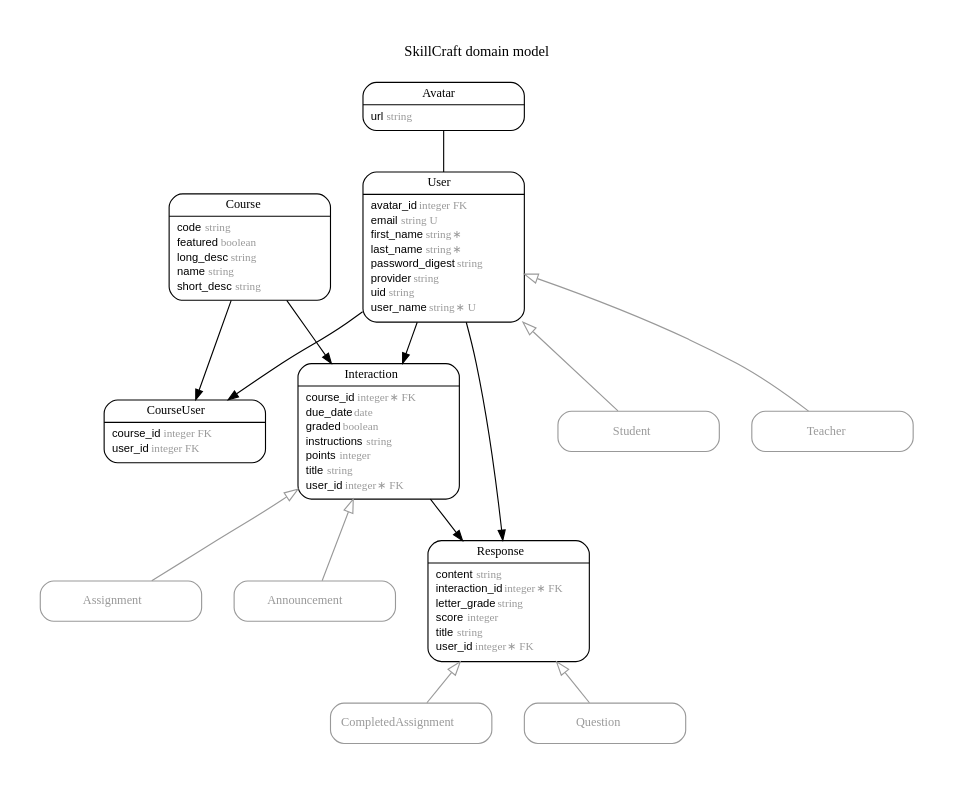
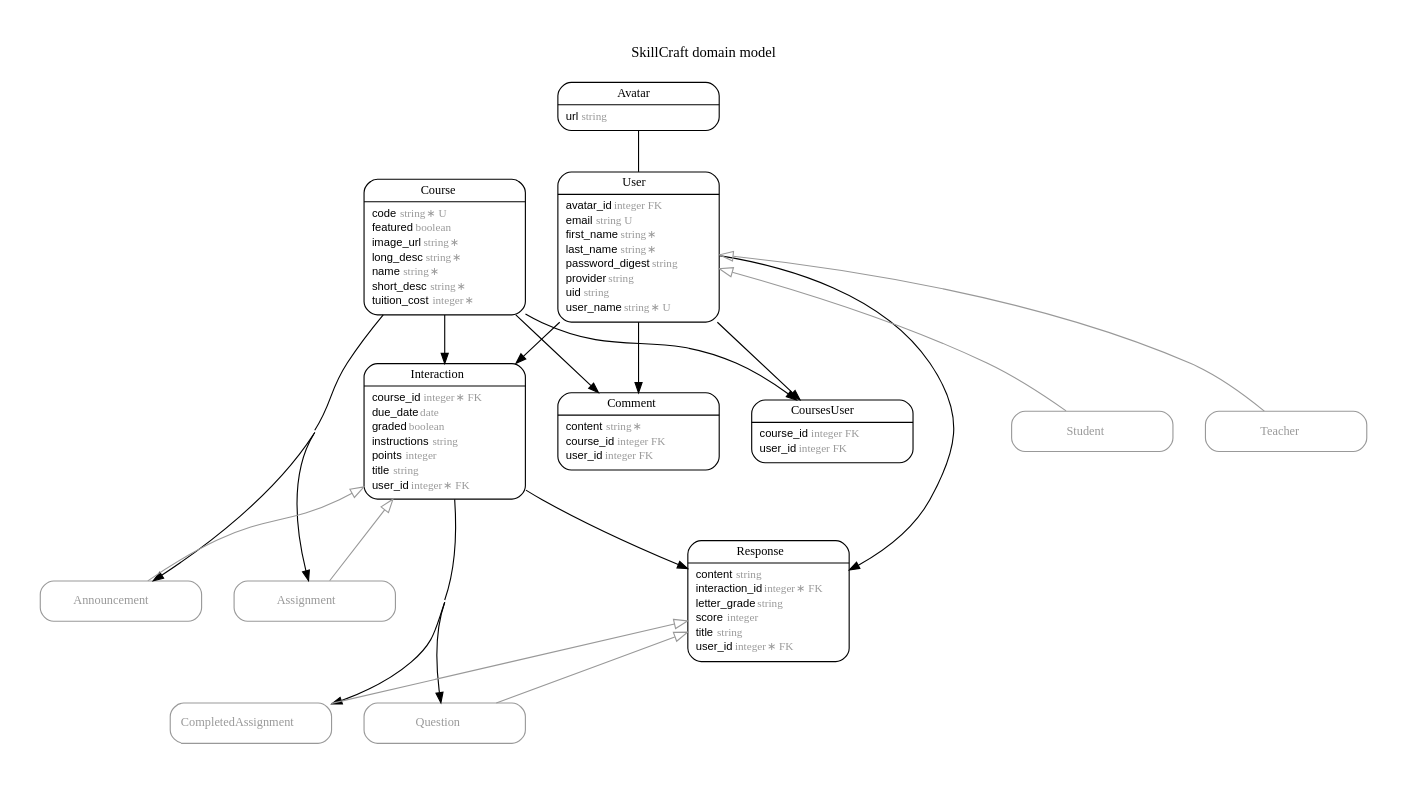
Before and after one commit to FergusDevelopmentLLC/skillcraft: the diagram in erd.dot, drawn with Graphviz. The commit also changed 3 other files, not shown here.

```diff
--- a/erd.dot
+++ b/erd.dot
@@ -1,124 +1,142 @@
 digraph SkillCraft {
 rankdir = "LR";
 ranksep = "0.5";
 nodesep = "0.4";
 pad = "0.4,0.4";
 margin = "0,0";
 concentrate = "true";
 labelloc = "t";
 fontsize = "13";
 fontname = "Arial Bold";
 splines = "spline";
 node[ shape  =  "Mrecord" , fontsize  =  "10" , fontname  =  "Arial" , margin  =  "0.07,0.05" , penwidth  =  "1.0"];
 edge[ fontname  =  "Arial" , fontsize  =  "7" , dir  =  "both" , arrowsize  =  "0.9" , penwidth  =  "1.0" , labelangle  =  "32" , labeldistance  =  "1.8"];
 rankdir = "TB";
 label = "SkillCraft domain model\n\n";
 m_Announcement [color = "grey60", fontcolor = "grey60", label = <{<table border="0" align="center" cellspacing="0.5" cellpadding="0" width="134">
   <tr><td align="center" valign="bottom" width="130"><font face="Arial Bold" point-size="11">Announcement</font></td></tr>
 </table>
 }>];
 m_Assignment [color = "grey60", fontcolor = "grey60", label = <{<table border="0" align="center" cellspacing="0.5" cellpadding="0" width="134">
   <tr><td align="center" valign="bottom" width="130"><font face="Arial Bold" point-size="11">Assignment</font></td></tr>
 </table>
 }>];
 m_Avatar [label = <{<table border="0" align="center" cellspacing="0.5" cellpadding="0" width="134">
   <tr><td align="center" valign="bottom" width="130"><font face="Arial Bold" point-size="11">Avatar</font></td></tr>
 </table>
 |
 <table border="0" align="left" cellspacing="2" cellpadding="0" width="134">
   <tr><td align="left" width="130" port="url">url <font face="Arial Italic" color="grey60">string</font></td></tr>
 </table>
 }>];
+m_Comment [label = <{<table border="0" align="center" cellspacing="0.5" cellpadding="0" width="134">
+  <tr><td align="center" valign="bottom" width="130"><font face="Arial Bold" point-size="11">Comment</font></td></tr>
+</table>
+|
+<table border="0" align="left" cellspacing="2" cellpadding="0" width="134">
+  <tr><td align="left" width="130" port="content">content <font face="Arial Italic" color="grey60">string ∗</font></td></tr>
+  <tr><td align="left" width="130" port="course_id">course_id <font face="Arial Italic" color="grey60">integer FK</font></td></tr>
+  <tr><td align="left" width="130" port="user_id">user_id <font face="Arial Italic" color="grey60">integer FK</font></td></tr>
+</table>
+}>];
 m_CompletedAssignment [color = "grey60", fontcolor = "grey60", label = <{<table border="0" align="center" cellspacing="0.5" cellpadding="0" width="134">
   <tr><td align="center" valign="bottom" width="130"><font face="Arial Bold" point-size="11">CompletedAssignment</font></td></tr>
 </table>
 }>];
 m_Course [label = <{<table border="0" align="center" cellspacing="0.5" cellpadding="0" width="134">
   <tr><td align="center" valign="bottom" width="130"><font face="Arial Bold" point-size="11">Course</font></td></tr>
 </table>
 |
 <table border="0" align="left" cellspacing="2" cellpadding="0" width="134">
-  <tr><td align="left" width="130" port="code">code <font face="Arial Italic" color="grey60">string</font></td></tr>
+  <tr><td align="left" width="130" port="code">code <font face="Arial Italic" color="grey60">string ∗ U</font></td></tr>
   <tr><td align="left" width="130" port="featured">featured <font face="Arial Italic" color="grey60">boolean</font></td></tr>
-  <tr><td align="left" width="130" port="long_desc">long_desc <font face="Arial Italic" color="grey60">string</font></td></tr>
-  <tr><td align="left" width="130" port="name">name <font face="Arial Italic" color="grey60">string</font></td></tr>
-  <tr><td align="left" width="130" port="short_desc">short_desc <font face="Arial Italic" color="grey60">string</font></td></tr>
+  <tr><td align="left" width="130" port="image_url">image_url <font face="Arial Italic" color="grey60">string ∗</font></td></tr>
+  <tr><td align="left" width="130" port="long_desc">long_desc <font face="Arial Italic" color="grey60">string ∗</font></td></tr>
+  <tr><td align="left" width="130" port="name">name <font face="Arial Italic" color="grey60">string ∗</font></td></tr>
+  <tr><td align="left" width="130" port="short_desc">short_desc <font face="Arial Italic" color="grey60">string ∗</font></td></tr>
+  <tr><td align="left" width="130" port="tuition_cost">tuition_cost <font face="Arial Italic" color="grey60">integer ∗</font></td></tr>
 </table>
 }>];
-m_CourseUser [label = <{<table border="0" align="center" cellspacing="0.5" cellpadding="0" width="134">
-  <tr><td align="center" valign="bottom" width="130"><font face="Arial Bold" point-size="11">CourseUser</font></td></tr>
+m_CoursesUser [label = <{<table border="0" align="center" cellspacing="0.5" cellpadding="0" width="134">
+  <tr><td align="center" valign="bottom" width="130"><font face="Arial Bold" point-size="11">CoursesUser</font></td></tr>
 </table>
 |
 <table border="0" align="left" cellspacing="2" cellpadding="0" width="134">
   <tr><td align="left" width="130" port="course_id">course_id <font face="Arial Italic" color="grey60">integer FK</font></td></tr>
   <tr><td align="left" width="130" port="user_id">user_id <font face="Arial Italic" color="grey60">integer FK</font></td></tr>
 </table>
 }>];
 m_Interaction [label = <{<table border="0" align="center" cellspacing="0.5" cellpadding="0" width="134">
   <tr><td align="center" valign="bottom" width="130"><font face="Arial Bold" point-size="11">Interaction</font></td></tr>
 </table>
 |
 <table border="0" align="left" cellspacing="2" cellpadding="0" width="134">
   <tr><td align="left" width="130" port="course_id">course_id <font face="Arial Italic" color="grey60">integer ∗ FK</font></td></tr>
   <tr><td align="left" width="130" port="due_date">due_date <font face="Arial Italic" color="grey60">date</font></td></tr>
   <tr><td align="left" width="130" port="graded">graded <font face="Arial Italic" color="grey60">boolean</font></td></tr>
   <tr><td align="left" width="130" port="instructions">instructions <font face="Arial Italic" color="grey60">string</font></td></tr>
   <tr><td align="left" width="130" port="points">points <font face="Arial Italic" color="grey60">integer</font></td></tr>
   <tr><td align="left" width="130" port="title">title <font face="Arial Italic" color="grey60">string</font></td></tr>
   <tr><td align="left" width="130" port="user_id">user_id <font face="Arial Italic" color="grey60">integer ∗ FK</font></td></tr>
 </table>
 }>];
 m_Question [color = "grey60", fontcolor = "grey60", label = <{<table border="0" align="center" cellspacing="0.5" cellpadding="0" width="134">
   <tr><td align="center" valign="bottom" width="130"><font face="Arial Bold" point-size="11">Question</font></td></tr>
 </table>
 }>];
 m_Response [label = <{<table border="0" align="center" cellspacing="0.5" cellpadding="0" width="134">
   <tr><td align="center" valign="bottom" width="130"><font face="Arial Bold" point-size="11">Response</font></td></tr>
 </table>
 |
 <table border="0" align="left" cellspacing="2" cellpadding="0" width="134">
   <tr><td align="left" width="130" port="content">content <font face="Arial Italic" color="grey60">string</font></td></tr>
   <tr><td align="left" width="130" port="interaction_id">interaction_id <font face="Arial Italic" color="grey60">integer ∗ FK</font></td></tr>
   <tr><td align="left" width="130" port="letter_grade">letter_grade <font face="Arial Italic" color="grey60">string</font></td></tr>
   <tr><td align="left" width="130" port="score">score <font face="Arial Italic" color="grey60">integer</font></td></tr>
   <tr><td align="left" width="130" port="title">title <font face="Arial Italic" color="grey60">string</font></td></tr>
   <tr><td align="left" width="130" port="user_id">user_id <font face="Arial Italic" color="grey60">integer ∗ FK</font></td></tr>
 </table>
 }>];
 m_Student [color = "grey60", fontcolor = "grey60", label = <{<table border="0" align="center" cellspacing="0.5" cellpadding="0" width="134">
   <tr><td align="center" valign="bottom" width="130"><font face="Arial Bold" point-size="11">Student</font></td></tr>
 </table>
 }>];
 m_Teacher [color = "grey60", fontcolor = "grey60", label = <{<table border="0" align="center" cellspacing="0.5" cellpadding="0" width="134">
   <tr><td align="center" valign="bottom" width="130"><font face="Arial Bold" point-size="11">Teacher</font></td></tr>
 </table>
 }>];
 m_User [label = <{<table border="0" align="center" cellspacing="0.5" cellpadding="0" width="134">
   <tr><td align="center" valign="bottom" width="130"><font face="Arial Bold" point-size="11">User</font></td></tr>
 </table>
 |
 <table border="0" align="left" cellspacing="2" cellpadding="0" width="134">
   <tr><td align="left" width="130" port="avatar_id">avatar_id <font face="Arial Italic" color="grey60">integer FK</font></td></tr>
   <tr><td align="left" width="130" port="email">email <font face="Arial Italic" color="grey60">string U</font></td></tr>
   <tr><td align="left" width="130" port="first_name">first_name <font face="Arial Italic" color="grey60">string ∗</font></td></tr>
   <tr><td align="left" width="130" port="last_name">last_name <font face="Arial Italic" color="grey60">string ∗</font></td></tr>
   <tr><td align="left" width="130" port="password_digest">password_digest <font face="Arial Italic" color="grey60">string</font></td></tr>
   <tr><td align="left" width="130" port="provider">provider <font face="Arial Italic" color="grey60">string</font></td></tr>
   <tr><td align="left" width="130" port="uid">uid <font face="Arial Italic" color="grey60">string</font></td></tr>
   <tr><td align="left" width="130" port="user_name">user_name <font face="Arial Italic" color="grey60">string ∗ U</font></td></tr>
 </table>
 }>];
   m_Interaction -> m_Announcement [color = "grey60", arrowtail = "onormal", arrowhead = "none", arrowsize = "1.2"];
   m_Interaction -> m_Assignment [color = "grey60", arrowtail = "onormal", arrowhead = "none", arrowsize = "1.2"];
   m_Response -> m_CompletedAssignment [color = "grey60", arrowtail = "onormal", arrowhead = "none", arrowsize = "1.2"];
   m_Response -> m_Question [color = "grey60", arrowtail = "onormal", arrowhead = "none", arrowsize = "1.2"];
   m_User -> m_Student [color = "grey60", arrowtail = "onormal", arrowhead = "none", arrowsize = "1.2"];
   m_User -> m_Teacher [color = "grey60", arrowtail = "onormal", arrowhead = "none", arrowsize = "1.2"];
+  m_Avatar -> m_User [arrowhead = "none", arrowtail = "none", weight = "4"];
   m_User -> m_Response [arrowhead = "normal", arrowtail = "none", weight = "6"];
   m_User -> m_Interaction [arrowhead = "normal", arrowtail = "none", weight = "6"];
-  m_User -> m_CourseUser [arrowhead = "normal", arrowtail = "none", weight = "4"];
-  m_Avatar -> m_User [arrowhead = "none", arrowtail = "none", weight = "4"];
+  m_User -> m_Comment [arrowhead = "normal", arrowtail = "none", weight = "4"];
   m_Course -> m_Interaction [arrowhead = "normal", arrowtail = "none", weight = "4"];
-  m_Interaction -> m_Response [arrowhead = "normal", arrowtail = "none", weight = "6"];
-  m_Course -> m_CourseUser [arrowhead = "normal", arrowtail = "none", weight = "2"];
+  m_Interaction -> m_Response [arrowhead = "normal", arrowtail = "none", weight = "4"];
+  m_Interaction -> m_Question [arrowhead = "normal", arrowtail = "none", weight = "4"];
+  m_Interaction -> m_CompletedAssignment [arrowhead = "normal", arrowtail = "none", weight = "4"];
+  m_Course -> m_CoursesUser [arrowhead = "normal", arrowtail = "none", weight = "2"];
+  m_Course -> m_Announcement [arrowhead = "normal", arrowtail = "none", weight = "1"];
+  m_Course -> m_Assignment [arrowhead = "normal", arrowtail = "none", weight = "1"];
+  m_Course -> m_Comment [arrowhead = "normal", arrowtail = "none", weight = "2"];
+  m_User -> m_CoursesUser [arrowhead = "normal", arrowtail = "none", weight = "1"];
 }
```
